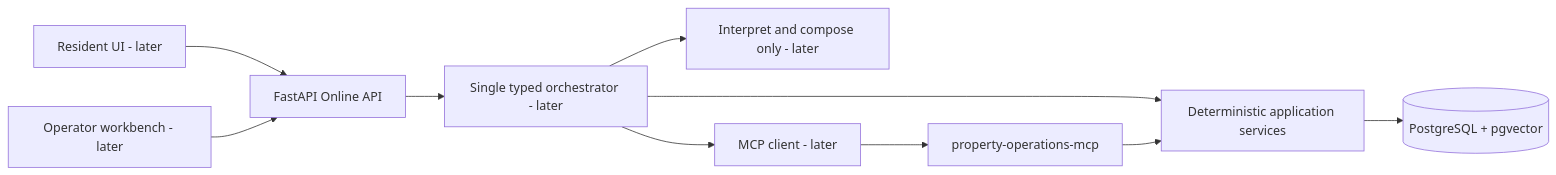
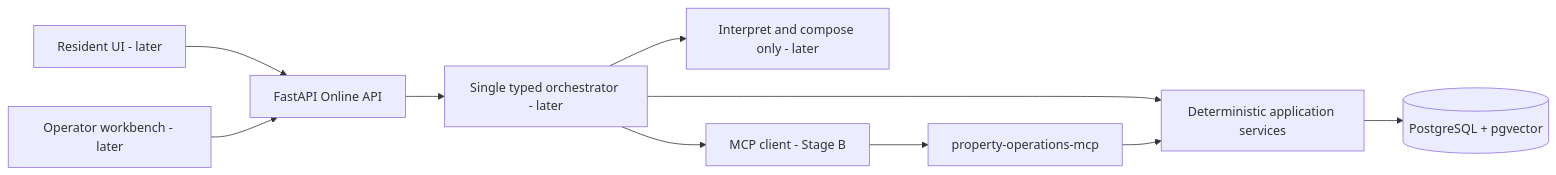
Before and after one commit to zzhou854/fixflow: the diagram in docs/ARCHITECTURE.md, drawn with Mermaid. The commit also changed other lines of this file and 42 other files, not shown here.

````diff
--- a/docs/ARCHITECTURE.md
+++ b/docs/ARCHITECTURE.md
@@ -5,12 +5,12 @@
 ```mermaid
 flowchart LR
     Resident["Resident UI - later"] --> API["FastAPI Online API"]
     Operator["Operator workbench - later"] --> API
     API --> Orchestrator["Single typed orchestrator - later"]
     Orchestrator --> Services["Deterministic application services"]
     Orchestrator --> LLM["Interpret and compose only - later"]
-    Orchestrator --> MCPClient["MCP client - later"]
+    Orchestrator --> MCPClient["MCP client - Stage B"]
     MCPClient --> MCP["property-operations-mcp"]
     MCP --> Services
     Services --> PostgreSQL[("PostgreSQL + pgvector")]
 ```
````
